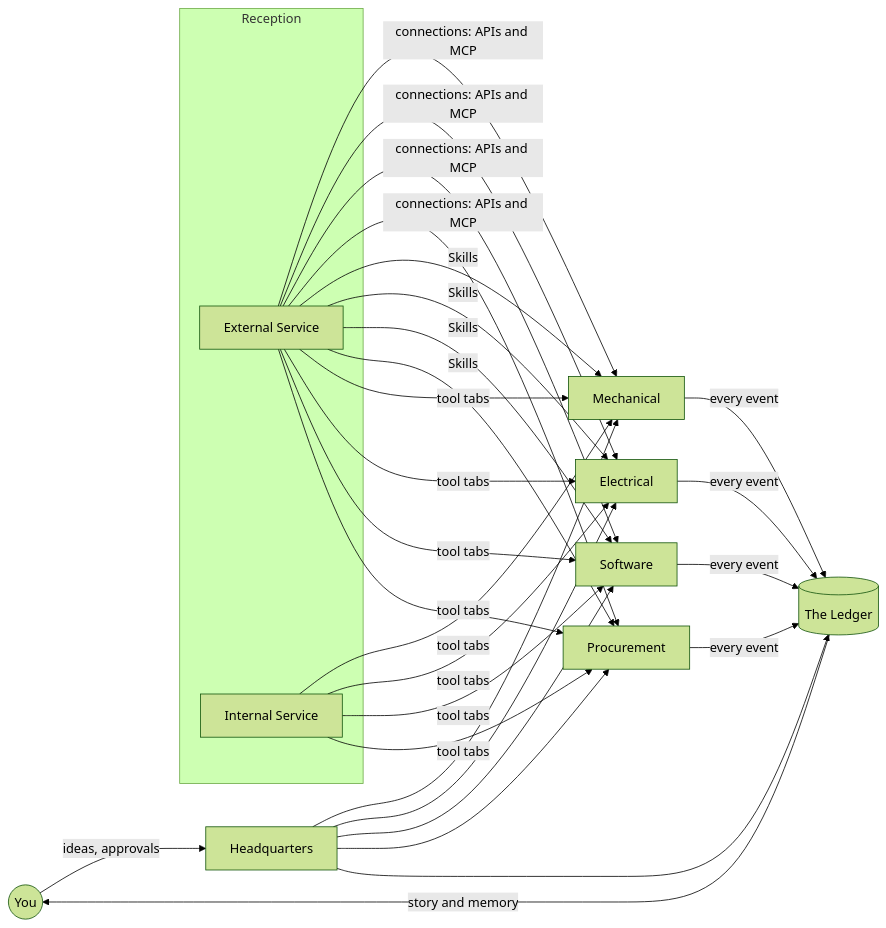
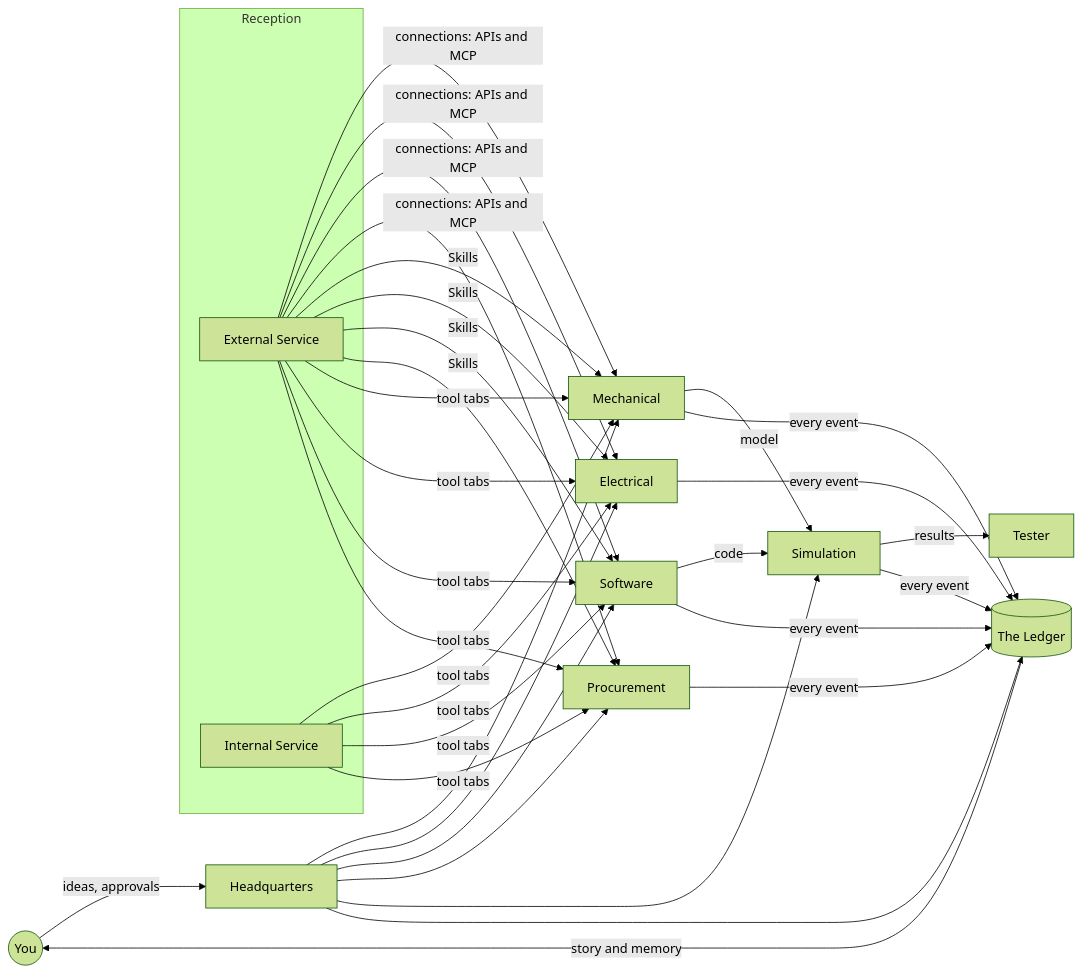
Before and after one commit to Lynean/BuildAnything: the first of 2 diagrams in README.md, drawn with Mermaid (forest theme). The commit also changed other lines of this file and 43 other files, not shown here.

````diff
--- a/README.md
+++ b/README.md
@@ -115,18 +131,22 @@
 ```mermaid
 flowchart LR
   You((You)) -->|ideas, approvals| HQ[Headquarters]
   HQ --> ME[Mechanical]
   HQ --> EE[Electrical]
   HQ --> SW[Software]
   HQ --> PR[Procurement]
-  ME & EE & SW & PR -->|every event| L[(The Ledger)]
+  HQ --> SIM[Simulation]
+  ME -->|model| SIM
+  SW -->|code| SIM
+  SIM -->|results| T[Tester]
+  ME & EE & SW & PR & SIM -->|every event| L[(The Ledger)]
   HQ --> L
   subgraph Reception
     EX[External Service]
     IN[Internal Service]
   end
   EX -->|connections: APIs and MCP| ME & EE & SW & PR
   EX -->|Skills| ME & EE & SW & PR
   EX & IN -->|tool tabs| ME & EE & SW & PR
   L -->|story and memory| You
 ```
````
